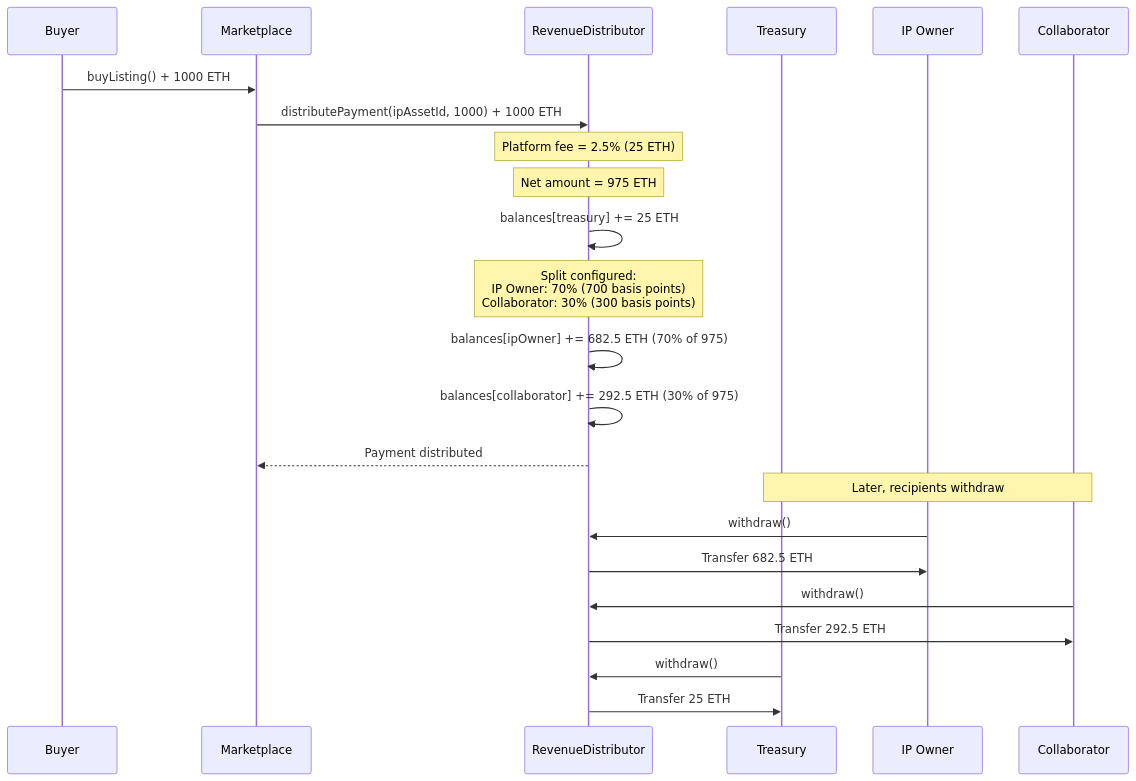
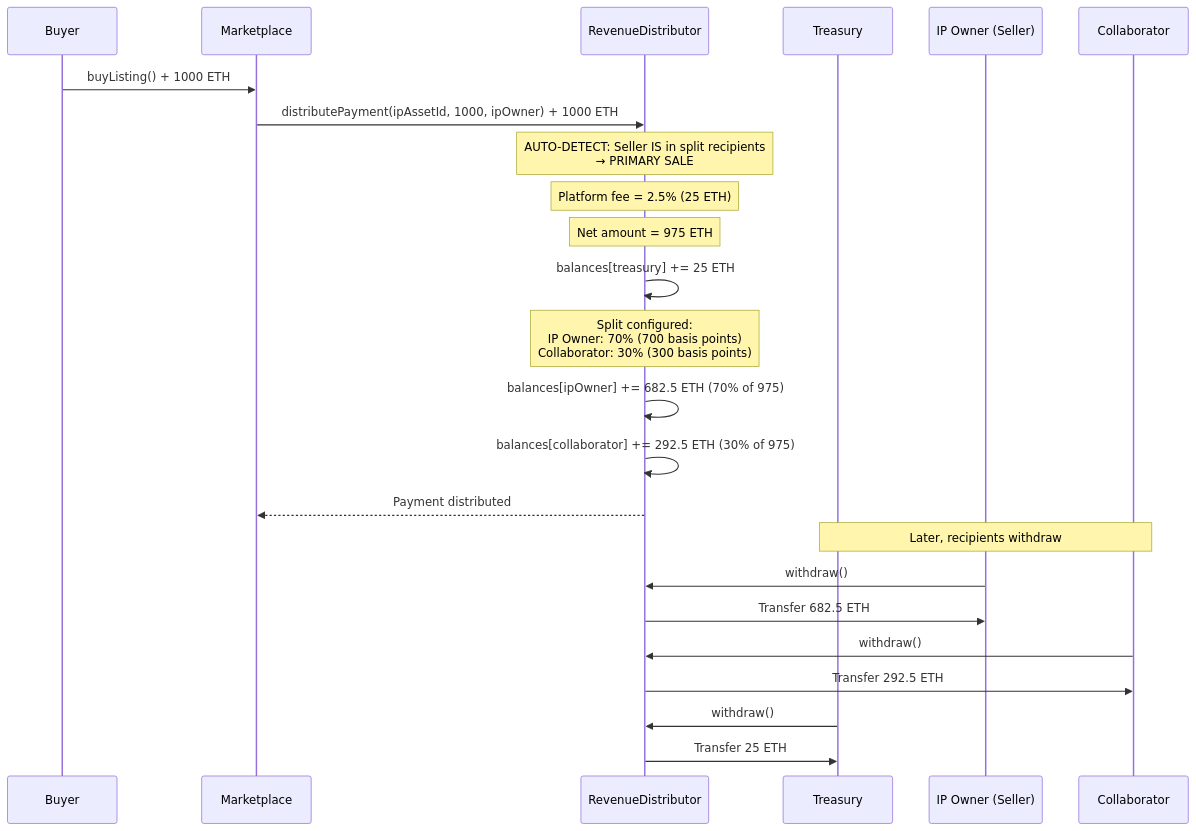
One commit to nomadbitcoin/softlaw-marketplace-contracts changed the second of 6 diagrams in docs/src/architecture/revenue-flow.md. Above: the diagram before and after it, drawn with Mermaid. The commit also changed other lines of this file and 21 other files, not shown here.

````diff
--- a/docs/src/architecture/revenue-flow.md
+++ b/docs/src/architecture/revenue-flow.md
@@ -64,35 +83,37 @@
 ```mermaid
 sequenceDiagram
     participant Buyer
     participant MP as Marketplace
     participant RD as RevenueDistributor
     participant Treasury
-    participant IPOwner as IP Owner
+    participant IPOwner as IP Owner (Seller)
     participant Collaborator
 
     Buyer->>MP: buyListing() + 1000 ETH
-    MP->>RD: distributePayment(ipAssetId, 1000) + 1000 ETH
+    MP->>RD: distributePayment(ipAssetId, 1000, ipOwner) + 1000 ETH
+
+    Note over RD: AUTO-DETECT: Seller IS in split recipients<br/>→ PRIMARY SALE
 
     Note over RD: Platform fee = 2.5% (25 ETH)
     Note over RD: Net amount = 975 ETH
 
     RD->>RD: balances[treasury] += 25 ETH
 
     Note over RD: Split configured:<br/>IP Owner: 70% (700 basis points)<br/>Collaborator: 30% (300 basis points)
 
     RD->>RD: balances[ipOwner] += 682.5 ETH (70% of 975)
     RD->>RD: balances[collaborator] += 292.5 ETH (30% of 975)
 
     RD-->>MP: Payment distributed
 
     Note over Treasury,Collaborator: Later, recipients withdraw
 
     IPOwner->>RD: withdraw()
     RD->>IPOwner: Transfer 682.5 ETH
 
     Collaborator->>RD: withdraw()
     RD->>Collaborator: Transfer 292.5 ETH
 
     Treasury->>RD: withdraw()
     RD->>Treasury: Transfer 25 ETH
 ```
````
